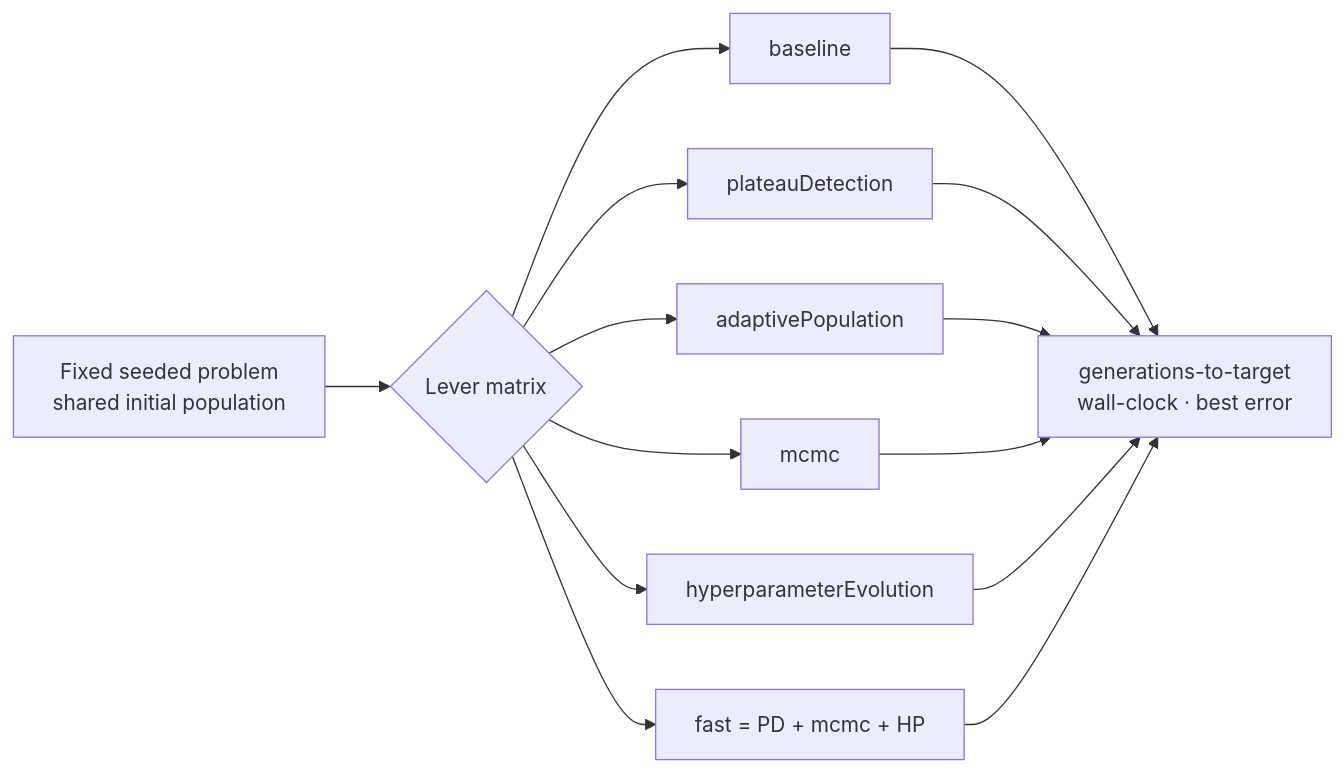
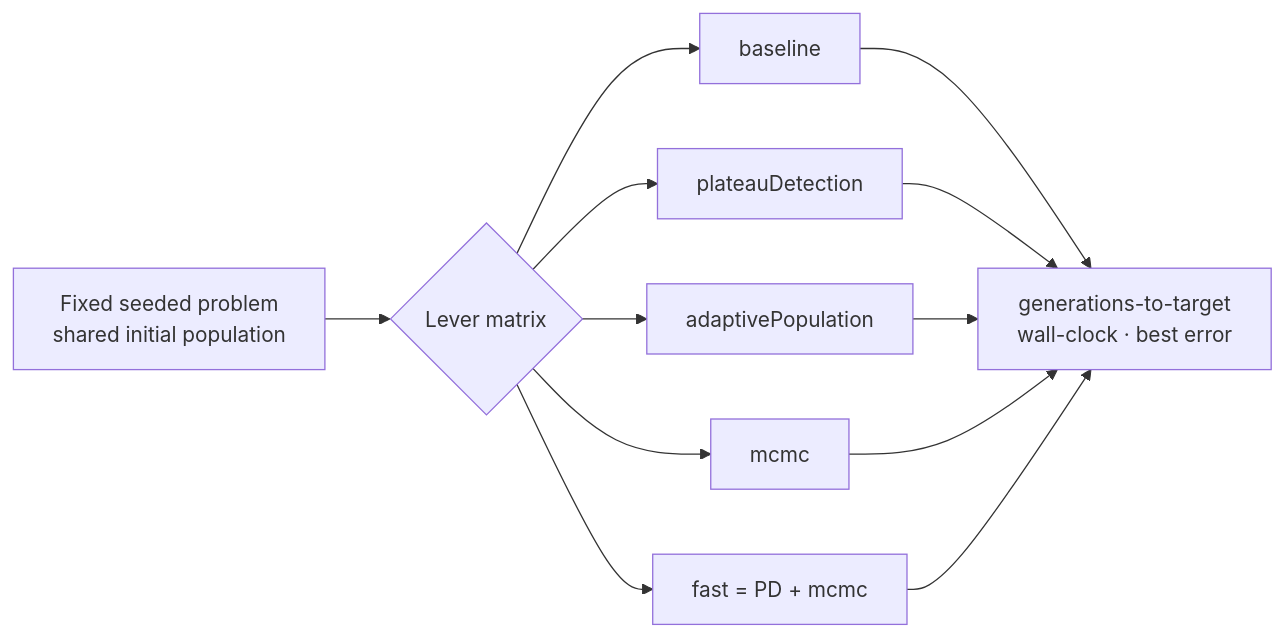
The third of 5 diagrams in docs/PERFORMANCE_RESEARCH.md (stSoftwareAU/NEAT-AI), drawn with Mermaid before and after one commit. The commit also changed other lines of this file and 45 other files, not shown here.

````diff
--- a/docs/PERFORMANCE_RESEARCH.md
+++ b/docs/PERFORMANCE_RESEARCH.md
@@ -926,11 +924,10 @@
 ```mermaid
 flowchart LR
     P[Fixed seeded problem<br/>shared initial population] --> M{Lever matrix}
     M --> B[baseline]
     M --> PD[plateauDetection]
     M --> AP[adaptivePopulation]
     M --> MC[mcmc]
-    M --> HP[hyperparameterEvolution]
-    M --> F[fast = PD + mcmc + HP]
-    B & PD & AP & MC & HP & F --> R[generations-to-target<br/>wall-clock · best error]
+    M --> F[fast = PD + mcmc]
+    B & PD & AP & MC & F --> R[generations-to-target<br/>wall-clock · best error]
 ```
````
